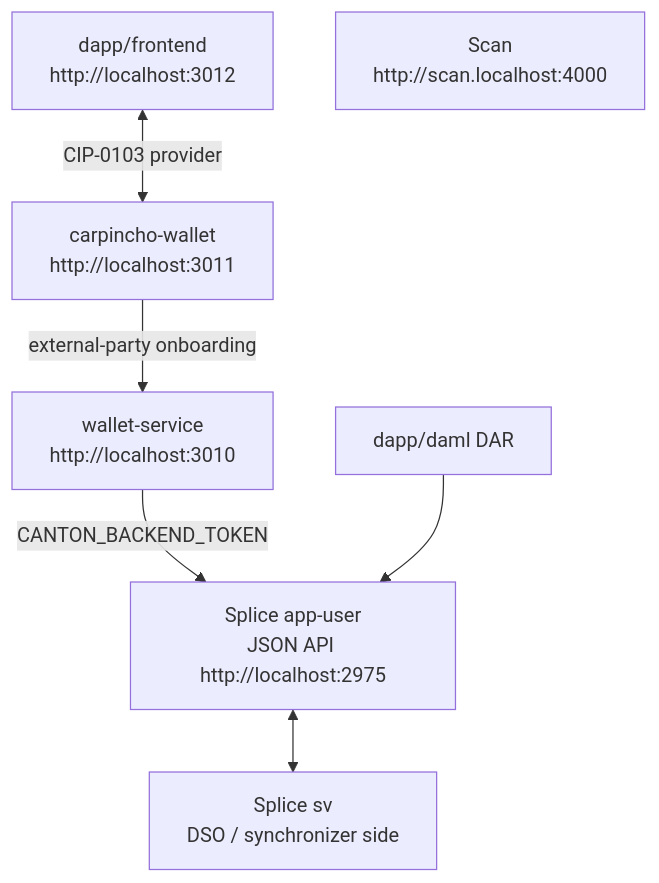
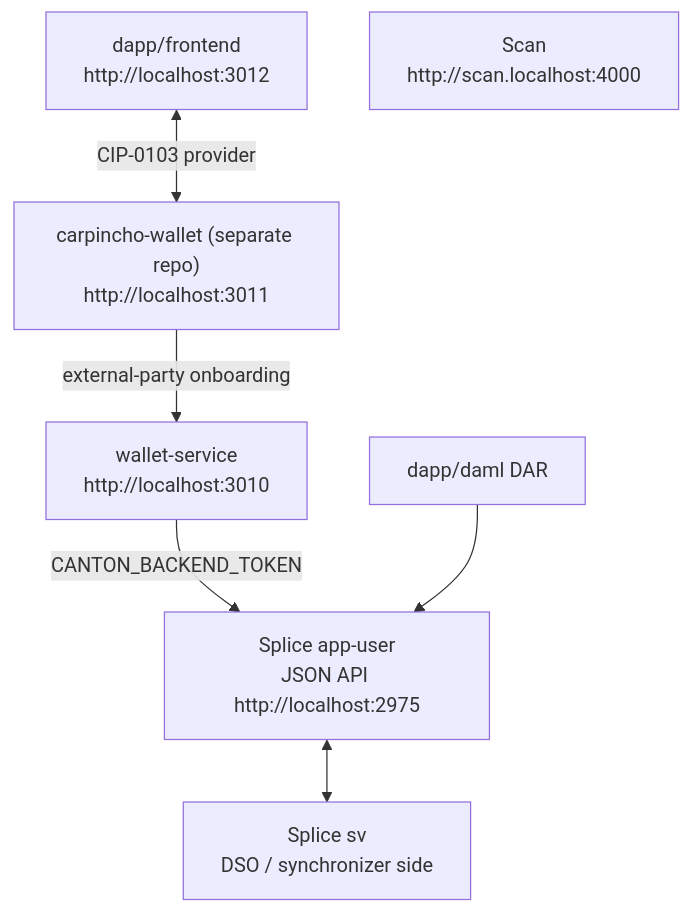
The diagram in architecture.md (BootNodeDev/canton-dappbooster), drawn with Mermaid before and after one commit. The commit also changed other lines of this file and 296 other files, not shown here.

First line of the commit message:
chore: extract carpincho-wallet into its own repository

````diff
--- a/architecture.md
+++ b/architecture.md
@@ -16,16 +15,16 @@
 ```mermaid
 flowchart TD
   fe["dapp/frontend<br/>http://localhost:3012"]
-  wallet["carpincho-wallet<br/>http://localhost:3011"]
+  wallet["carpincho-wallet (separate repo)<br/>http://localhost:3011"]
   ws["wallet-service<br/>http://localhost:3010"]
   au["Splice app-user<br/>JSON API http://localhost:2975"]
   sv["Splice sv<br/>DSO / synchronizer side"]
   scan["Scan<br/>http://scan.localhost:4000"]
   dar["dapp/daml DAR"]
 
   fe <-->|"CIP-0103 provider"| wallet
   wallet -->|"external-party onboarding"| ws
   ws -->|"CANTON_BACKEND_TOKEN"| au
   au <--> sv
   dar --> au
 ```
````
